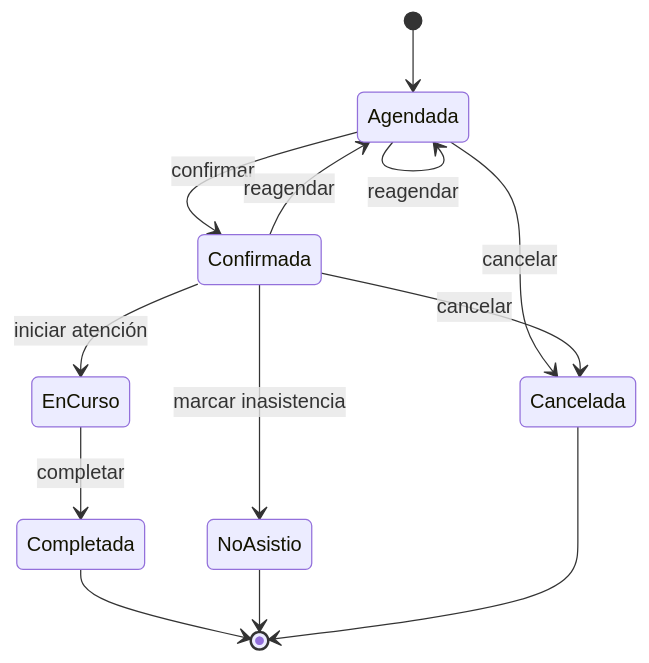
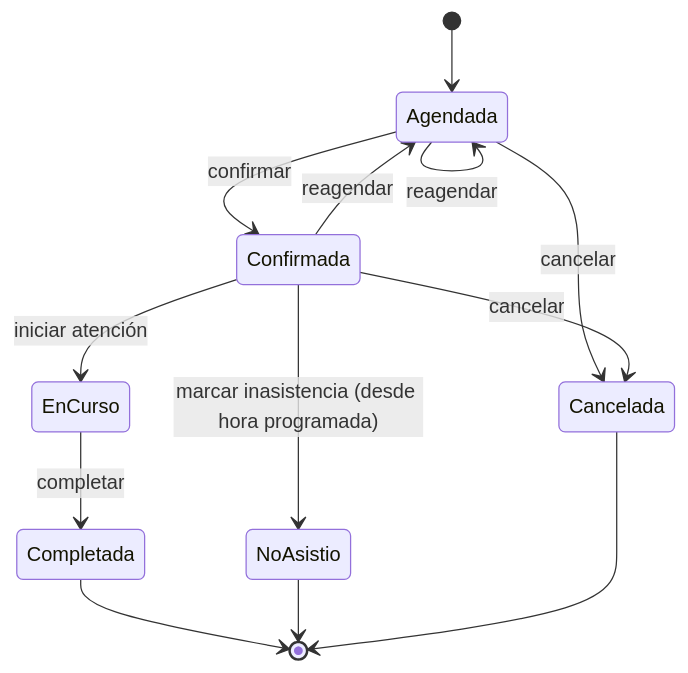
One commit to QuetzalTwT119/dentissa changed the third of 5 diagrams in docs/DIAGRAMAS-FLUJOS.md. Above: the diagram before and after it, drawn with Mermaid. The commit also changed other lines of this file and 7 other files, not shown here.

````diff
--- a/docs/DIAGRAMAS-FLUJOS.md
+++ b/docs/DIAGRAMAS-FLUJOS.md
@@ -54,15 +54,15 @@
 ```mermaid
 stateDiagram-v2
     [*] --> Agendada
     Agendada --> Confirmada: confirmar
     Agendada --> Cancelada: cancelar
     Agendada --> Agendada: reagendar
     Confirmada --> EnCurso: iniciar atención
-    Confirmada --> NoAsistio: marcar inasistencia
+    Confirmada --> NoAsistio: marcar inasistencia (desde hora programada)
     Confirmada --> Cancelada: cancelar
     Confirmada --> Agendada: reagendar
     EnCurso --> Completada: completar
     Completada --> [*]
     NoAsistio --> [*]
     Cancelada --> [*]
 ```
````
